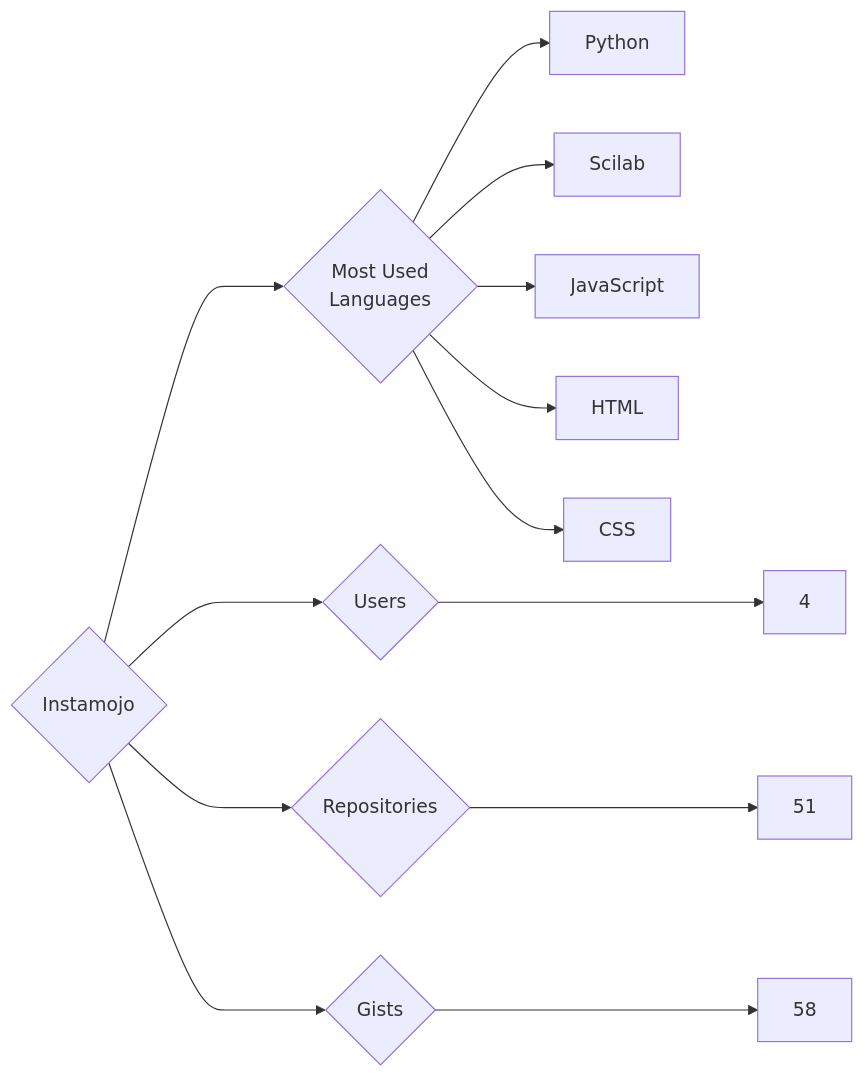
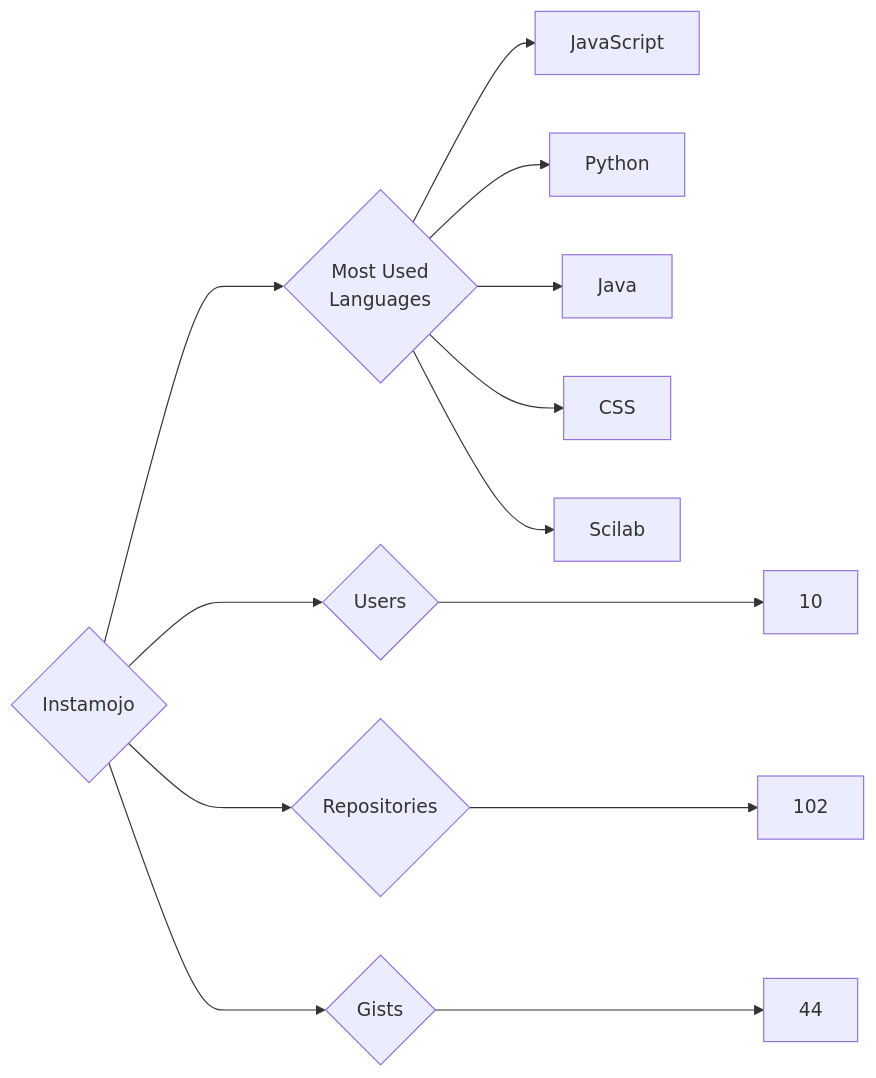
The diagram in targets/Instamojo/README.md (trickest/insiders), drawn with Mermaid before and after one commit. The commit also changed 681 other files, not shown here.

````diff
--- a/targets/Instamojo/README.md
+++ b/targets/Instamojo/README.md
@@ -3,13 +3,13 @@
 ```mermaid
 graph LR
 COMPANY_NAME{Instamojo}
-COMPANY_NAME ---> U{Users} ---> UN[4]
-COMPANY_NAME ---> R{Repositories} ---> RN[51]
-COMPANY_NAME ---> G{Gists} ---> GN[58]
+COMPANY_NAME ---> U{Users} ---> UN[10]
+COMPANY_NAME ---> R{Repositories} ---> RN[102]
+COMPANY_NAME ---> G{Gists} ---> GN[44]
 COMPANY_NAME ---> ML{Most Used<br>Languages}
+ML --> JavaScript[JavaScript]
 ML --> Python[Python]
+ML --> Java[Java]
+ML --> CSS[CSS]
 ML --> Scilab[Scilab]
-ML --> JavaScript[JavaScript]
-ML --> HTML[HTML]
-ML --> CSS[CSS]
 ```
````
